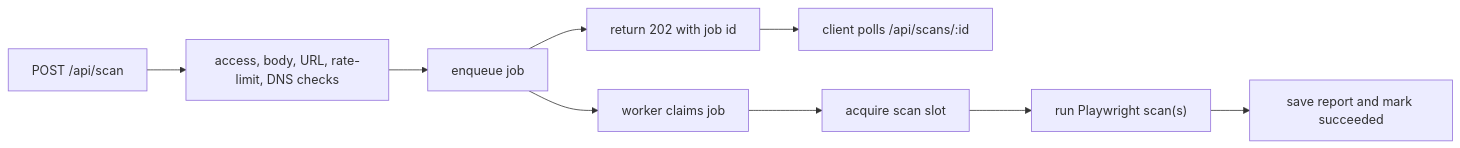
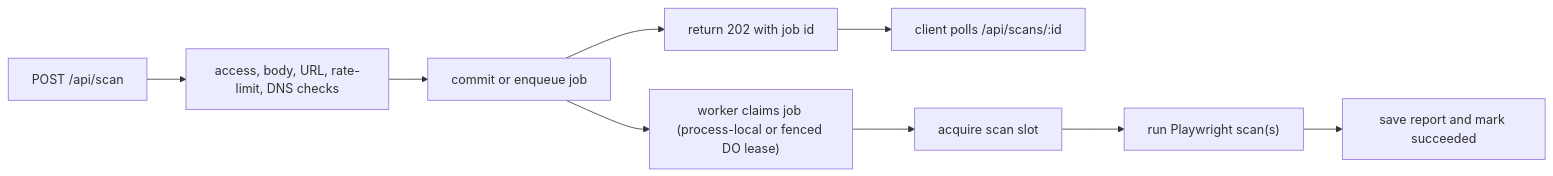
One commit to iAnonymous3000/site-behavior-lab changed the second of 2 diagrams in docs/scan-job-model.md. Above: the diagram before and after it, drawn with Mermaid. The commit also changed other lines of this file and 42 other files, not shown here.

````diff
--- a/docs/scan-job-model.md
+++ b/docs/scan-job-model.md
@@ -97,11 +107,11 @@
 ```mermaid
 flowchart LR
   A["POST /api/scan"] --> B["access, body, URL, rate-limit, DNS checks"]
-  B --> C["enqueue job"]
+  B --> C["commit or enqueue job"]
   C --> D["return 202 with job id"]
   D --> E["client polls /api/scans/:id"]
-  C --> W["worker claims job"]
+  C --> W["worker claims job (process-local or fenced DO lease)"]
   W --> X["acquire scan slot"]
   X --> Y["run Playwright scan(s)"]
   Y --> Z["save report and mark succeeded"]
 ```
````
